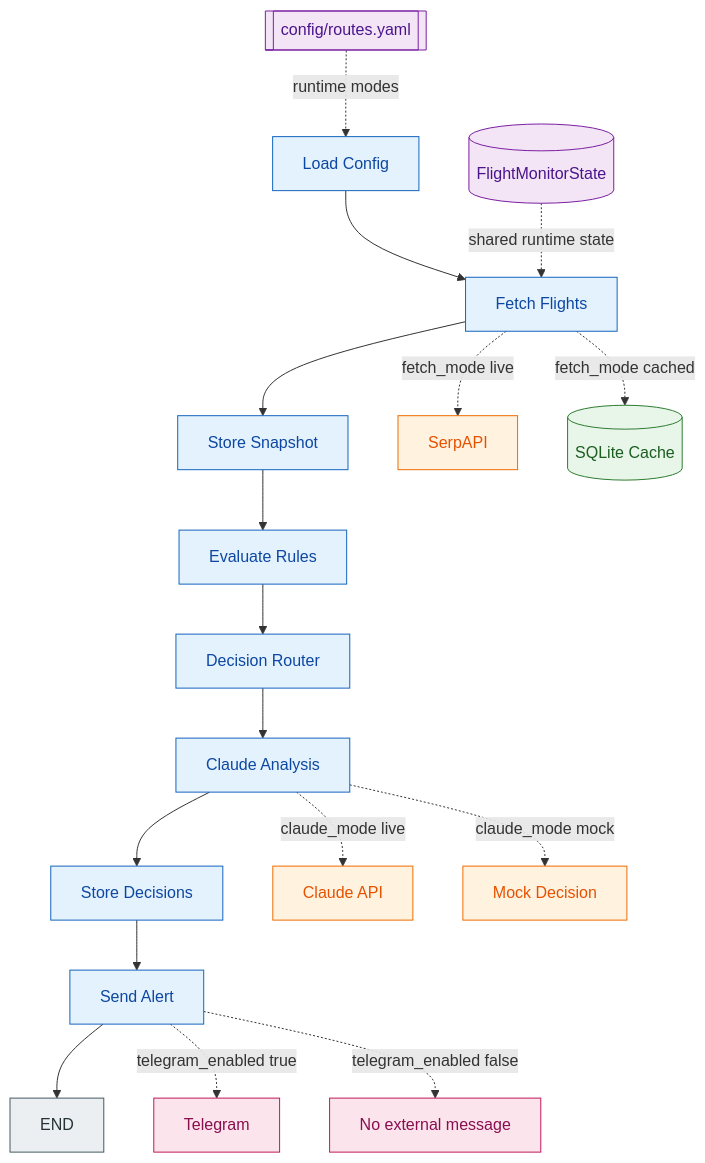
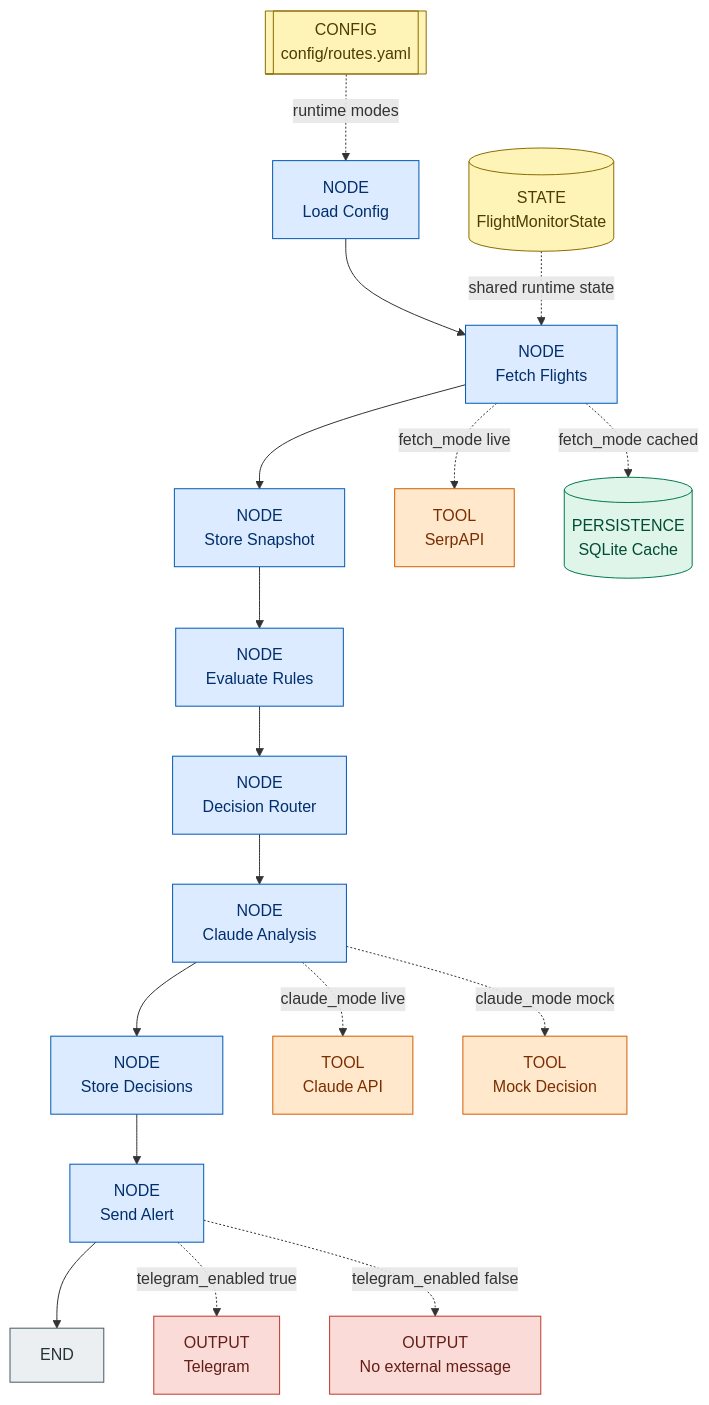
One commit to atelloa/flight-agent changed the diagram in architecture.md. Above: the diagram before and after it, drawn with Mermaid. The commit also changed other lines of this file, not shown here.

Commit message:
docs: improve diagram accessibility

````diff
--- a/architecture.md
+++ b/architecture.md
@@ -53,34 +53,34 @@
 ```mermaid
 flowchart TD
-    A[Load Config] --> B[Fetch Flights]
-    B --> C[Store Snapshot]
-    C --> D[Evaluate Rules]
-    D --> E[Decision Router]
-    E --> F[Claude Analysis]
-    F --> G[Store Decisions]
-    G --> H[Send Alert]
-    H --> I[END]
+    A["NODE<br/>Load Config"] --> B["NODE<br/>Fetch Flights"]
+    B --> C["NODE<br/>Store Snapshot"]
+    C --> D["NODE<br/>Evaluate Rules"]
+    D --> E["NODE<br/>Decision Router"]
+    E --> F["NODE<br/>Claude Analysis"]
+    F --> G["NODE<br/>Store Decisions"]
+    G --> H["NODE<br/>Send Alert"]
+    H --> I["END"]
 
-    CFG[[config/routes.yaml]] -. runtime modes .-> A
-    ST[(FlightMonitorState)] -. shared runtime state .-> B
-    B -. fetch_mode live .-> S[SerpAPI]
-    B -. fetch_mode cached .-> DB[(SQLite Cache)]
-    F -. claude_mode live .-> L[Claude API]
-    F -. claude_mode mock .-> M[Mock Decision]
-    H -. telegram_enabled true .-> T[Telegram]
-    H -. telegram_enabled false .-> N[No external message]
+    CFG[["CONFIG<br/>config/routes.yaml"]] -. runtime modes .-> A
+    ST[("STATE<br/>FlightMonitorState")] -. shared runtime state .-> B
+    B -. fetch_mode live .-> S["TOOL<br/>SerpAPI"]
+    B -. fetch_mode cached .-> DB[("PERSISTENCE<br/>SQLite Cache")]
+    F -. claude_mode live .-> L["TOOL<br/>Claude API"]
+    F -. claude_mode mock .-> M["TOOL<br/>Mock Decision"]
+    H -. telegram_enabled true .-> T["OUTPUT<br/>Telegram"]
+    H -. telegram_enabled false .-> N["OUTPUT<br/>No external message"]
 
-    classDef node fill:#E3F2FD,stroke:#1565C0,color:#0D47A1;
-    classDef tool fill:#FFF3E0,stroke:#EF6C00,color:#E65100;
-    classDef persistence fill:#E8F5E9,stroke:#2E7D32,color:#1B5E20;
-    classDef state fill:#F3E5F5,stroke:#7B1FA2,color:#4A148C;
-    classDef output fill:#FCE4EC,stroke:#C2185B,color:#880E4F;
+    classDef node fill:#DCEBFF,stroke:#005AB5,color:#002F6C;
+    classDef tool fill:#FFE8CC,stroke:#D55E00,color:#7A2E00;
+    classDef persistence fill:#DFF5EA,stroke:#007A4D,color:#004D31;
+    classDef runtime fill:#FFF4B8,stroke:#8A6D00,color:#4D3D00;
+    classDef output fill:#FADBD8,stroke:#C0392B,color:#641E16;
     classDef terminal fill:#ECEFF1,stroke:#455A64,color:#263238;
 
     class A,B,C,D,E,F,G,H node;
     class S,L,M tool;
     class DB persistence;
-    class CFG,ST state;
+    class CFG,ST runtime;
     class T,N output;
     class I terminal;
 ```
````
